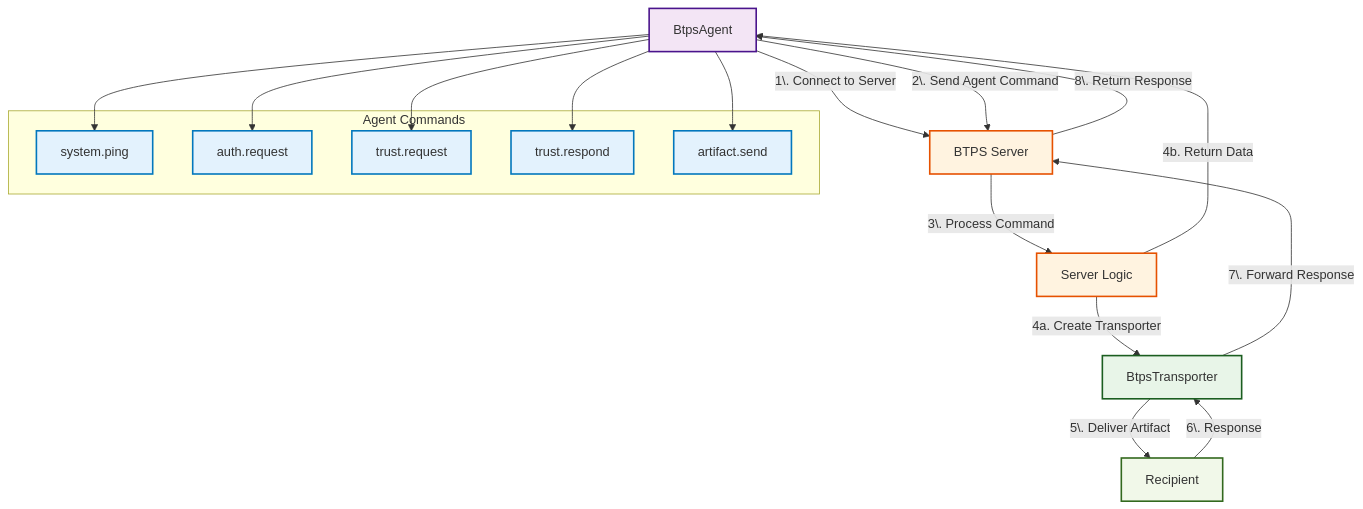
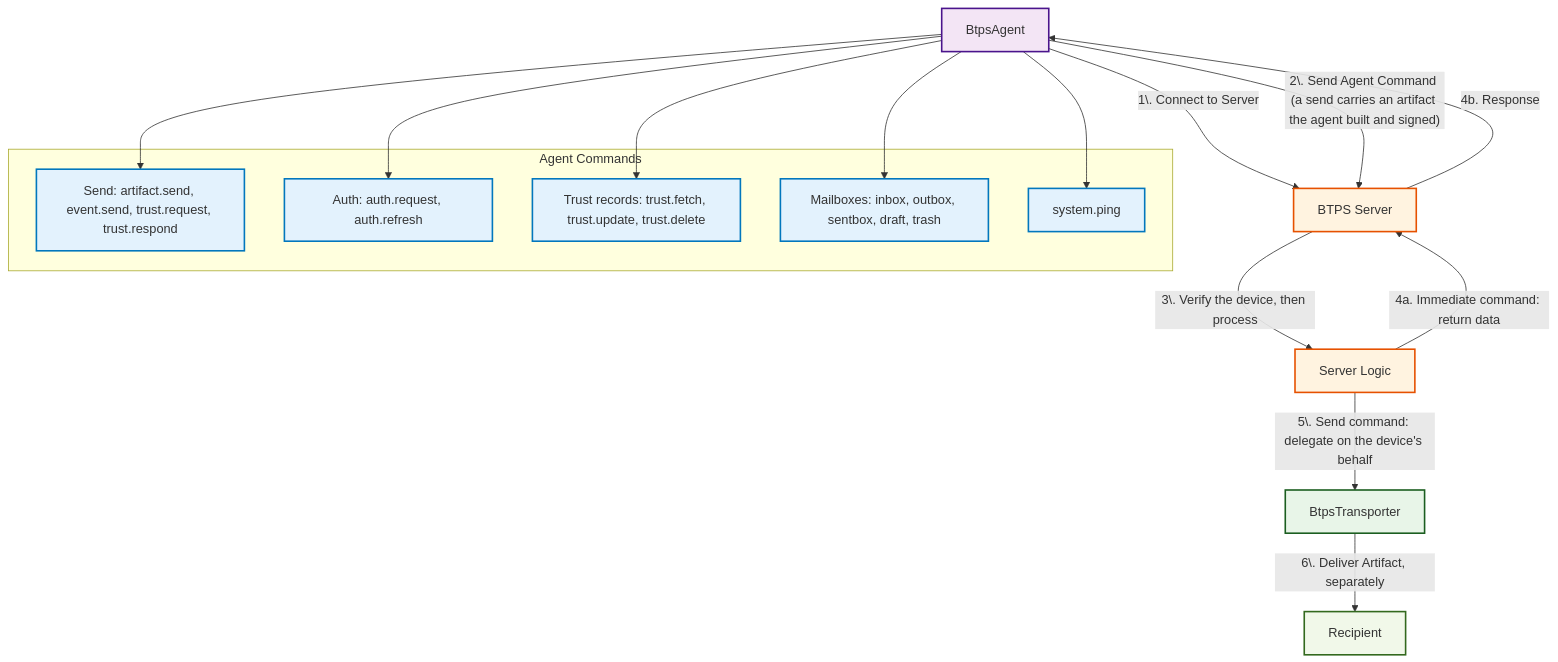
One commit to openbtps/btps-node changed the diagram in docs/docusaurus/docs/client/btpsAgent/overview.md. Above: the diagram before and after it, drawn with Mermaid. The commit also changed other lines of this file and 26 other files, not shown here.

First line of the commit message:
Docs: bring every diagram in line with 1.1

````diff
--- a/docs/docusaurus/docs/client/btpsAgent/overview.md
+++ b/docs/docusaurus/docs/client/btpsAgent/overview.md
@@ -29,38 +29,36 @@
 ```mermaid
 graph TD
     A["BtpsAgent"] -->|"1\. Connect to Server"| B["BTPS Server"]
-    A -->|"2\. Send Agent Command"| B
-    B -->|"3\. Process Command"| C["Server Logic"]
-    C -->|"4a. Create Transporter"| D["BtpsTransporter"]
-    C -->|"4b. Return Data"| A
-    D -->|"5\. Deliver Artifact"| E["Recipient"]
-    E -->|"6\. Response"| D
-    D -->|"7\. Forward Response"| B
-    B -->|"8\. Return Response"| A
+    A -->|"2\. Send Agent Command (a send carries an artifact the agent built and signed)"| B
+    B -->|"3\. Verify the device, then process"| C["Server Logic"]
+    C -->|"4a. Immediate command: return data"| B
+    B -->|"4b. Response"| A
+    C -->|"5\. Send command: delegate on the device's behalf"| D["BtpsTransporter"]
+    D -->|"6\. Deliver Artifact, separately"| E["Recipient"]
 
     subgraph "Agent Commands"
-        F["system.ping"]
-        G["auth.request"]
-        H["trust.request"]
-        I["trust.respond"]
-        J["artifact.send"]
+        F["Send: artifact.send, event.send, trust.request, trust.respond"]
+        G["Auth: auth.request, auth.refresh"]
+        H["Trust records: trust.fetch, trust.update, trust.delete"]
+        I["Mailboxes: inbox, outbox, sentbox, draft, trash"]
+        J["system.ping"]
     end
 
     A --> F
     A --> G
     A --> H
     A --> I
     A --> J
 
     classDef agent fill:#f3e5f5,stroke:#4a148c,stroke-width:2px
     classDef server fill:#fff3e0,stroke:#e65100,stroke-width:2px
     classDef transporter fill:#e8f5e8,stroke:#1b5e20,stroke-width:2px
     classDef recipient fill:#f1f8e9,stroke:#33691e,stroke-width:2px
     classDef commands fill:#e3f2fd,stroke:#0277bd,stroke-width:2px
 
     class A agent
     class B,C server
     class D transporter
     class E recipient
     class F,G,H,I,J commands
 ```
````
